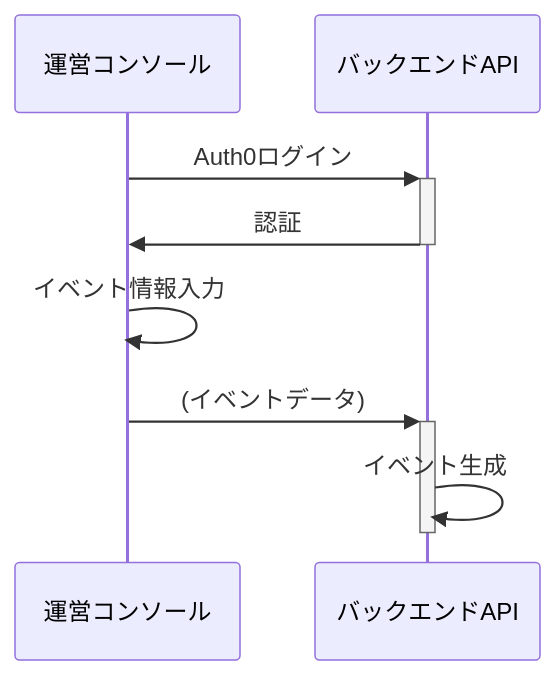
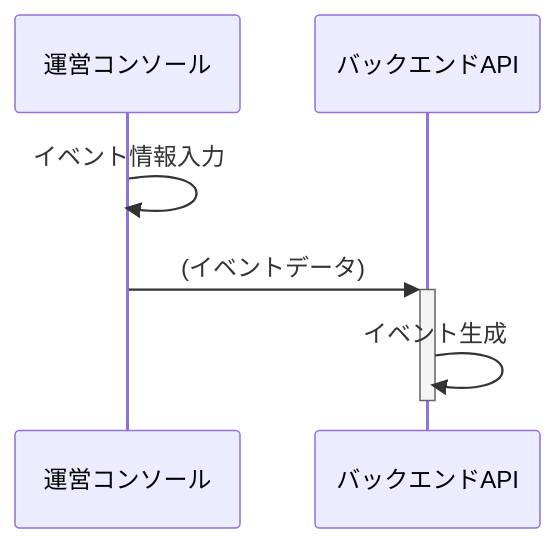
One commit to after-school-garbage-squad/repaint-architecture changed the second of 14 diagrams in docs/sequence/admin.md. Above: the diagram before and after it, drawn with Mermaid. The commit also changed other lines of this file, not shown here.

````diff
--- a/docs/sequence/admin.md
+++ b/docs/sequence/admin.md
@@ -7,11 +21,9 @@
 ```mermaid
 sequenceDiagram
     participant web as 運営コンソール
     participant back as バックエンドAPI
-    web ->>+ back: Auth0ログイン
-    back ->>- web: 認証
     web ->> web: イベント情報入力
     web ->>+ back: (イベントデータ)
     back ->>- back: イベント生成
     
 ```
````
